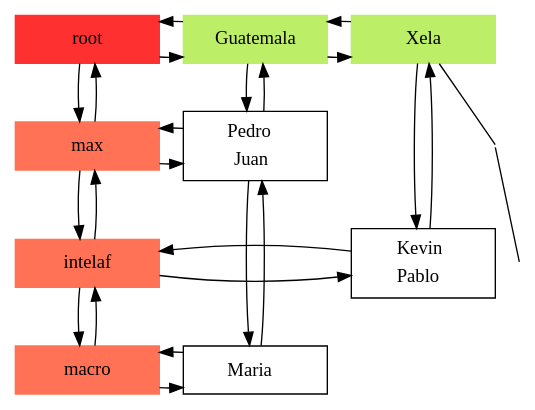
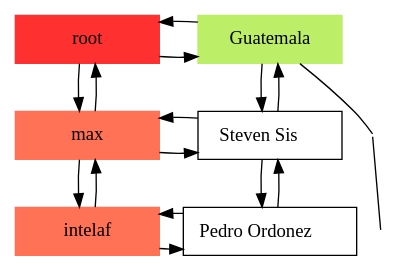
One commit to Stevensis/EDD20VJ_Proyecto1 changed the diagram in Prueba.dot. Above: the diagram before and after it, drawn with Graphviz. The commit also changed 19 other files, not shown here.

```diff
--- a/Prueba.dot
+++ b/Prueba.dot
@@ -1,56 +1,36 @@
 digraph Sparce_Matrix { 
  node [shape=box];
 -1[ label = "root", width = 1.5, style = filled, color = firebrick1, group = 1 ]; 
  e0[ shape = point, width = 0 ]; 
  e1[ shape = point, width = 0 ]; 
 
  /* Empresas */ 
 1 [label = "max"    pos = "5.3,3.5!" width = 1.5 style = filled, color = coral1, group = 1 ]; 
 { rank = same; 1 ; 0 }
 1 -> 0
 0 -> 1
 e0[ shape = point, width = 0 ];{ rank = same; 1; e0 }
  /* Empresas */ 
-5 [label = "intelaf"    pos = "5.3,3.5!" width = 1.5 style = filled, color = coral1, group = 1 ]; 
-{ rank = same; 5 ; 4 }
-5 -> 4
-4 -> 5
-e1[ shape = point, width = 0 ];{ rank = same; 5; e1 }
- /* Empresas */ 
-9 [label = "macro"    pos = "5.3,3.5!" width = 1.5 style = filled, color = coral1, group = 1 ]; 
-{ rank = same; 9 ; 8 }
-9 -> 8
-8 -> 9
-e2[ shape = point, width = 0 ];{ rank = same; 9; e2 }
+4 [label = "intelaf"    pos = "5.3,3.5!" width = 1.5 style = filled, color = coral1, group = 1 ]; 
+{ rank = same; 4 ; 3 }
+4 -> 3
+3 -> 4
+e1[ shape = point, width = 0 ];{ rank = same; 4; e1 }
    /* Enlacex entre empresas */ 
-1 -> 5
-5 -> 1
-
-   /* Enlacex entre empresas */ 
-5 -> 9
-9 -> 5
+1 -> 4
+4 -> 1
 
  /* Departamentos */ 
 2 [label = "Guatemala"   width = 1.5 style = filled, color = darkolivegreen2, group =2 ];
-0 [label = <<table border = "0"><tr><td>Pedro</td></tr><tr><td>Juan</td></tr></table>>, width = 1.5, group = 2 ];
-8 [label = <<table border = "0"><tr><td>Maria</td></tr></table>>, width = 1.5, group = 2 ];
+0 [label = <<table border = "0"><tr><td>Steven Sis</td></tr></table>>, width = 1.5, group = 2 ];
+3 [label = <<table border = "0"><tr><td>Pedro Ordonez</td></tr></table>>, width = 1.5, group = 2 ];
 2 -> 0
 0 -> 2
-0 -> 8
-8 -> 0
-
- /* Departamentos */ 
-6 [label = "Xela"   width = 1.5 style = filled, color = darkolivegreen2, group =3 ];
-4 [label = <<table border = "0"><tr><td>Kevin</td></tr><tr><td>Pablo</td></tr></table>>, width = 1.5, group = 3 ];
-6 -> 4
-4 -> 6
-
-   /* Enlaces entre departamentos */ 
-2 -> 6
-6 -> 2
-6 -> e0 -> e1[ dir = none ];-1 -> 2
+0 -> 3
+3 -> 0
+2 -> e0 -> e1[ dir = none ];-1 -> 2
 2 -> -1
 -1 -> 1
 1 -> -1
- { rank = same; -1; 2; 6;  }
+ { rank = same; -1; 2;  }
 }
```
